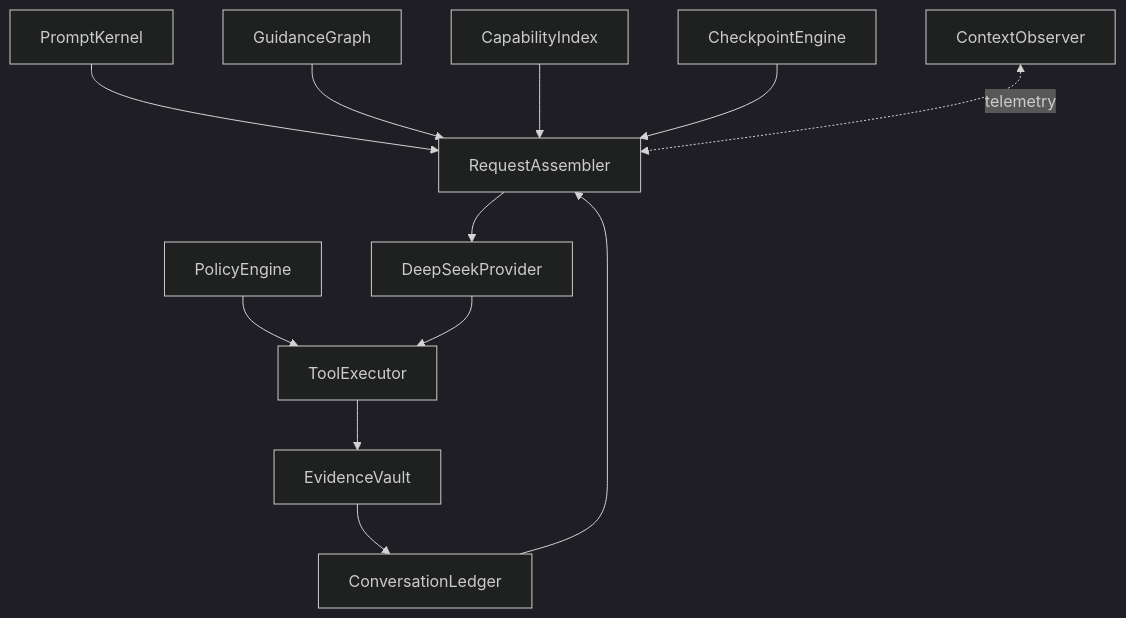
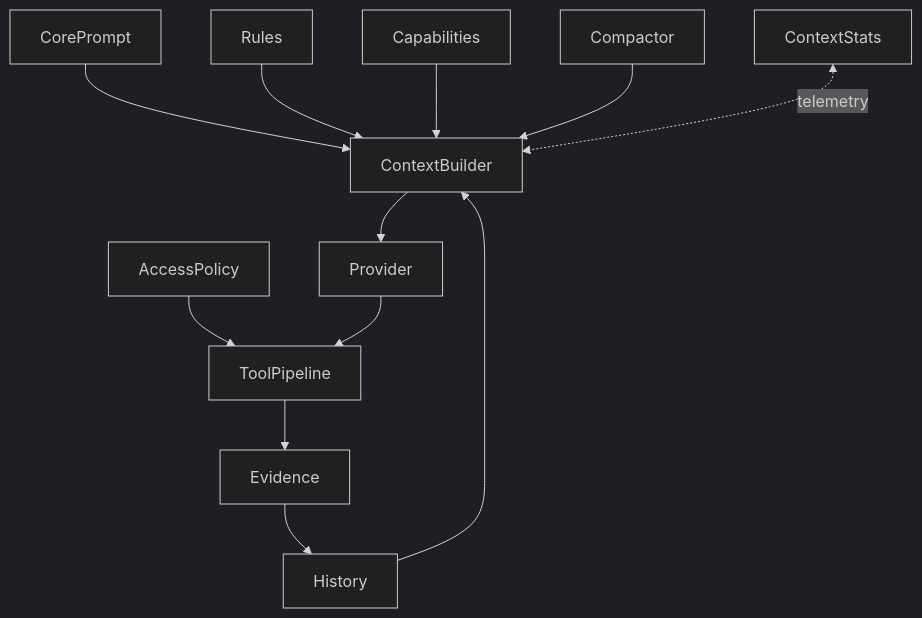
One commit to ryanyujazz-dev/DeepCreator-Coding-Agent changed the diagram in docs/adr/003-context-operating-system.md. Above: the diagram before and after it, drawn with Mermaid (dark theme). The commit also changed other lines of this file and 113 other files, not shown here.

Commit message:
refactor: establish runtime architecture v2

````diff
--- a/docs/adr/003-context-operating-system.md
+++ b/docs/adr/003-context-operating-system.md
@@ -64,14 +64,14 @@
 ```mermaid
 flowchart TB
-    A["PromptKernel"] --> H["RequestAssembler"]
-    B["GuidanceGraph"] --> H
-    C["CapabilityIndex"] --> H
-    D["ConversationLedger"] --> H
-    E["EvidenceVault"] --> D
-    F["CheckpointEngine"] --> H
-    G["ContextObserver"] <-.telemetry.-> H
-    P["PolicyEngine"] --> T["ToolExecutor"]
-    H --> M["DeepSeekProvider"]
+    A["CorePrompt"] --> H["ContextBuilder"]
+    B["Rules"] --> H
+    C["Capabilities"] --> H
+    D["History"] --> H
+    E["Evidence"] --> D
+    F["Compactor"] --> H
+    G["ContextStats"] <-.telemetry.-> H
+    P["AccessPolicy"] --> T["ToolPipeline"]
+    H --> M["Provider"]
     M --> T
     T --> E
 ```
````
